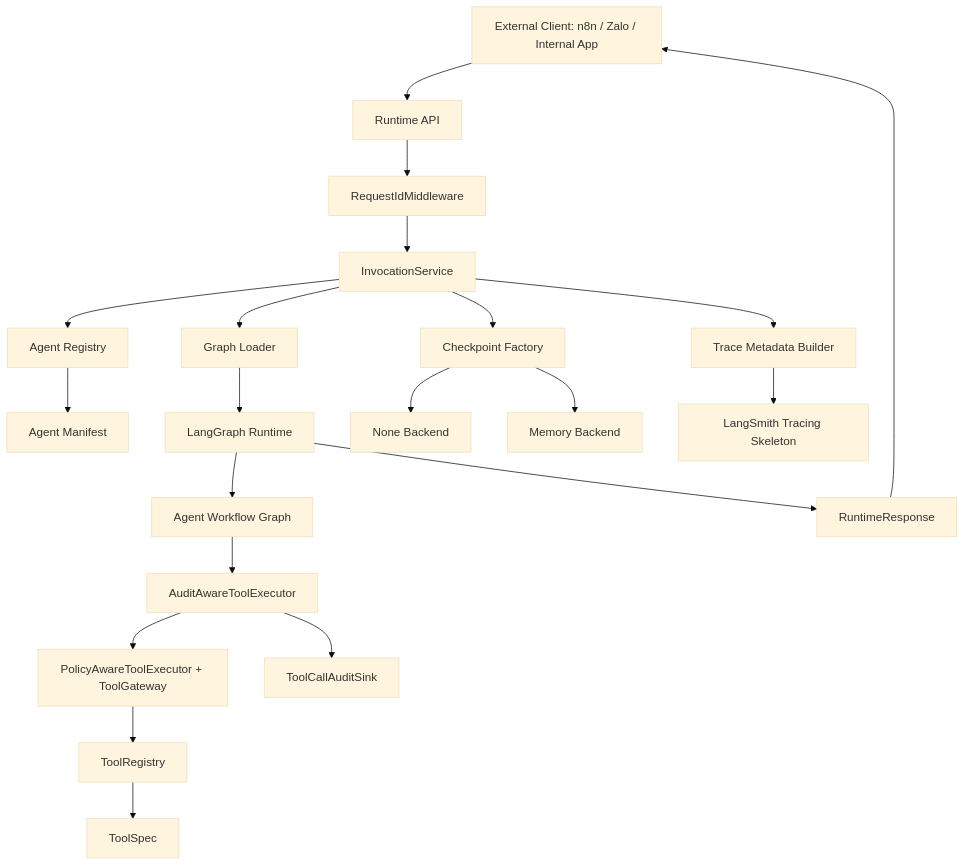
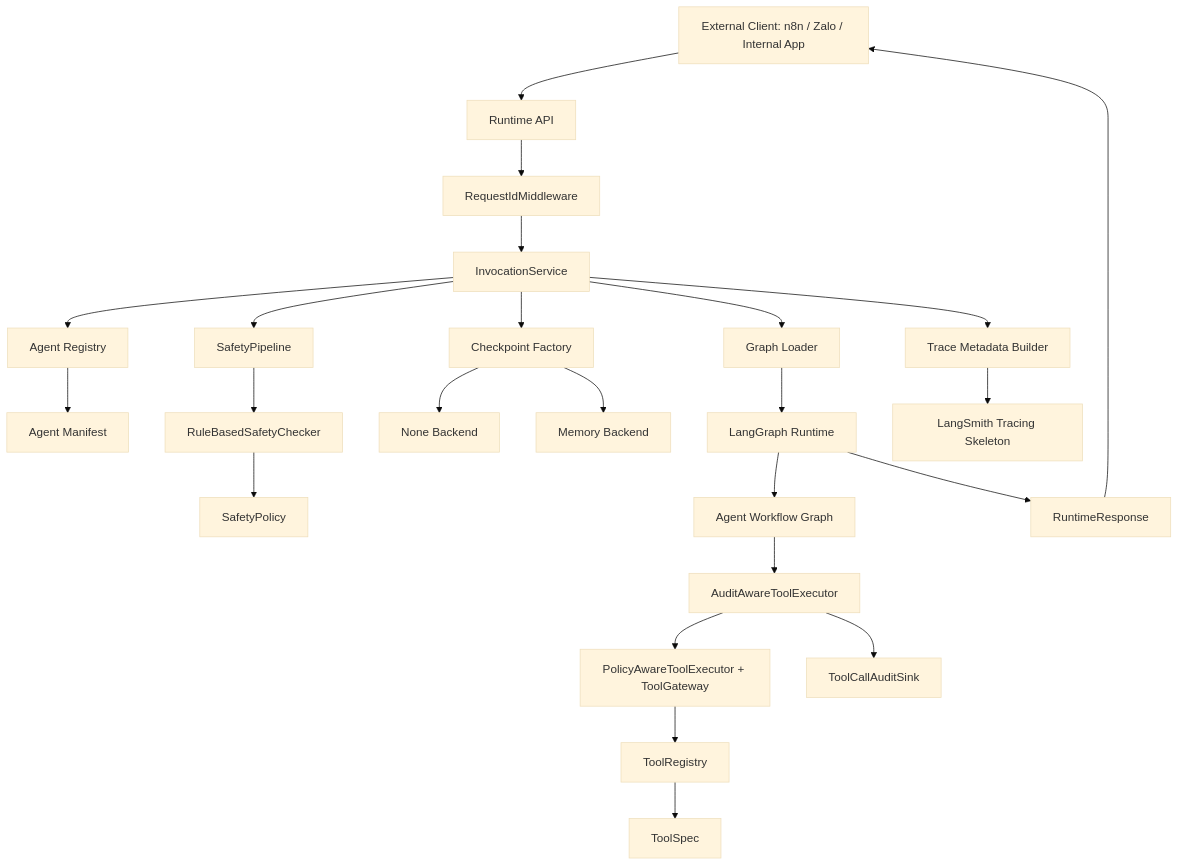
One commit to Tenaity/ai-agent-platform changed the first of 3 diagrams in docs/architecture/overview.md. Above: the diagram before and after it, drawn with Mermaid (base theme). The commit also changed other lines of this file and 14 other files, not shown here.

Commit message:
Introduce a domain-neutral safety pipeline skeleton before adding real LLM calls, RAG, memory, or production tool integrations.

````diff
--- a/docs/architecture/overview.md
+++ b/docs/architecture/overview.md
@@ -10,31 +11,35 @@
 ```mermaid
 flowchart TD
     Client["External Client: n8n / Zalo / Internal App"] --> API["Runtime API"]
 
     API --> Middleware["RequestIdMiddleware"]
     Middleware --> Invoke["InvocationService"]
 
     Invoke --> Registry["Agent Registry"]
     Registry --> Manifest["Agent Manifest"]
 
     Invoke --> GraphLoader["Graph Loader"]
     GraphLoader --> Runtime["LangGraph Runtime"]
 
     Invoke --> Checkpoint["Checkpoint Factory"]
     Checkpoint --> NoneBackend["None Backend"]
     Checkpoint --> MemoryBackend["Memory Backend"]
 
+    Invoke --> Safety["SafetyPipeline"]
+    Safety --> SafetyChecker["RuleBasedSafetyChecker"]
+    SafetyChecker --> SafetyPolicy["SafetyPolicy"]
+
     Runtime --> AgentGraph["Agent Workflow Graph"]
 
     AgentGraph --> AuditWrapper["AuditAwareToolExecutor"]
     AuditWrapper --> ToolGateway["PolicyAwareToolExecutor + ToolGateway"]
     ToolGateway --> ToolRegistry["ToolRegistry"]
     ToolRegistry --> ToolSpec["ToolSpec"]
     AuditWrapper --> AuditSink["ToolCallAuditSink"]
 
     Invoke --> TraceMeta["Trace Metadata Builder"]
     TraceMeta --> LangSmith["LangSmith Tracing Skeleton"]
 
     Runtime --> Response["RuntimeResponse"]
     Response --> Client
 ```
````
